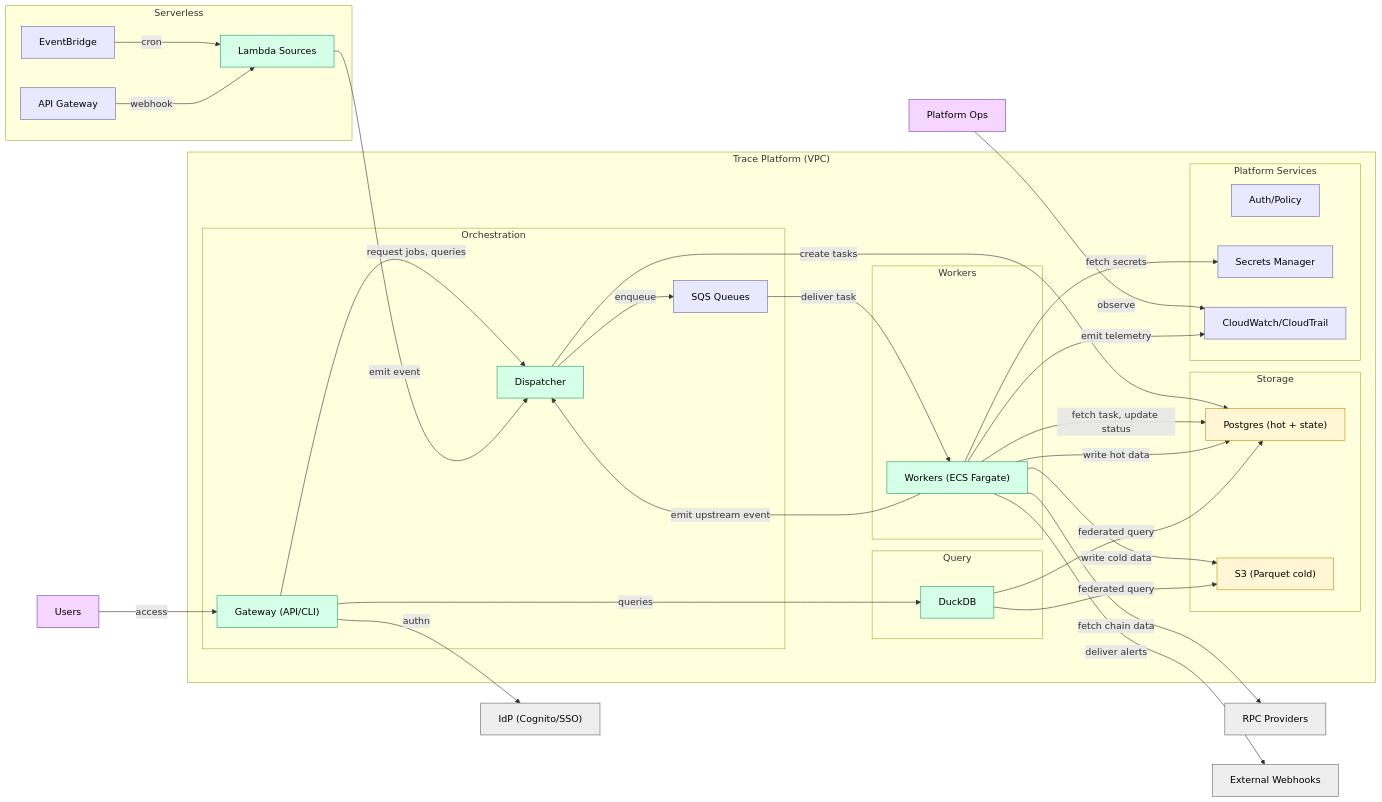
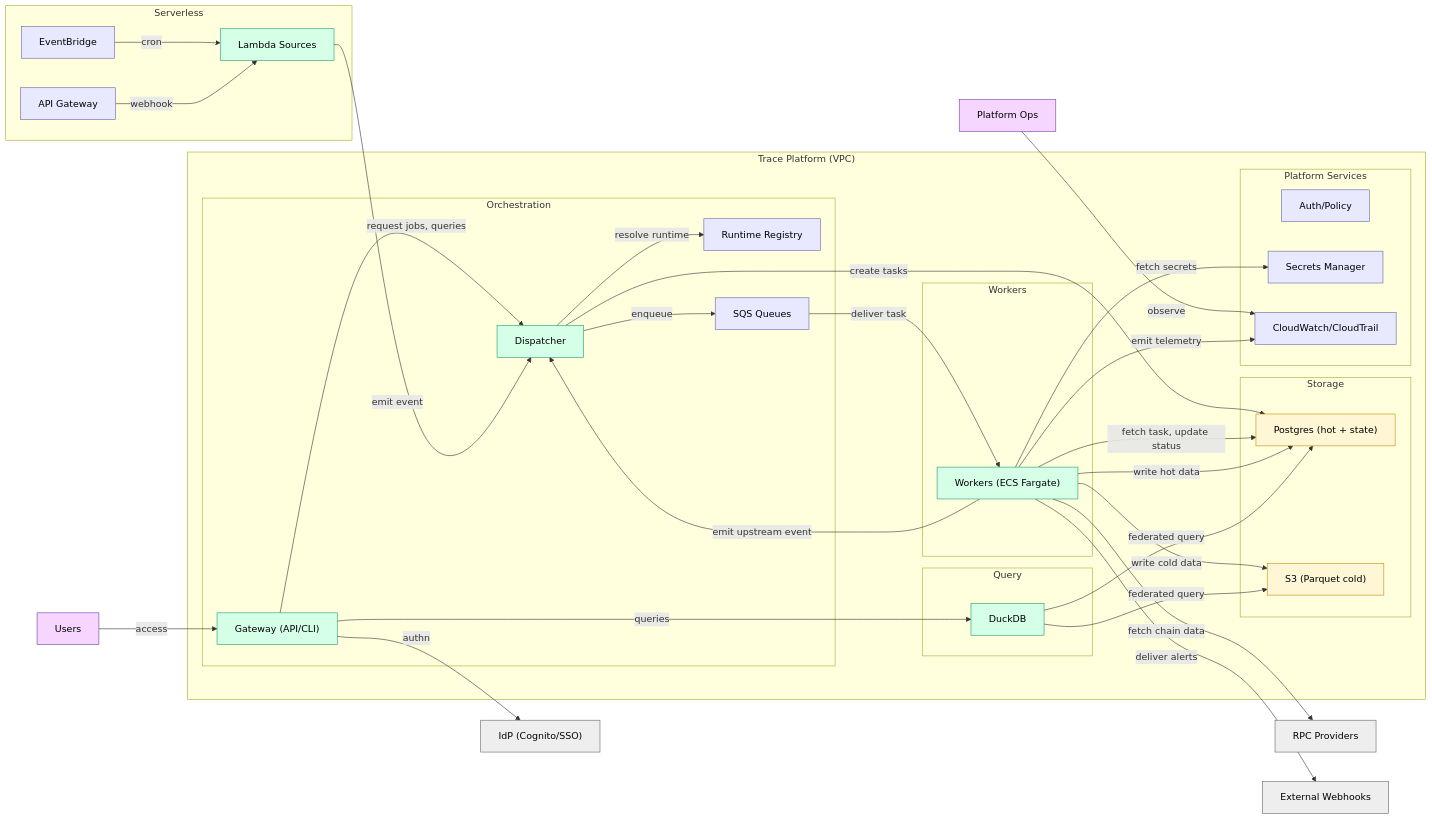
Before and after one commit to c7121/trace: the second of 5 diagrams in docs/architecture/diagrams/c4.md, drawn with Mermaid. The commit also changed other lines of this file and 17 other files, not shown here.

````diff
--- a/docs/architecture/diagrams/c4.md
+++ b/docs/architecture/diagrams/c4.md
@@ -27,69 +27,71 @@
 ```mermaid
 flowchart LR
     subgraph Trace["Trace Platform (VPC)"]
-        subgraph Orchestration["Orchestration"]
-            api["Gateway (API/CLI)"]:::container
-            dispatcher["Dispatcher"]:::container
-            sqs["SQS Queues"]:::infra
-        end
+    subgraph Orchestration["Orchestration"]
+        api["Gateway (API/CLI)"]:::container
+        dispatcher["Dispatcher"]:::container
+        registry["Runtime Registry"]:::infra
+        sqs["SQS Queues"]:::infra
+    end
         subgraph Compute["Workers"]
             workers["Workers (ECS Fargate)"]:::container
         end
         subgraph Storage["Storage"]
             postgres["Postgres (hot + state)"]:::database
             s3["S3 (Parquet cold)"]:::database
         end
         subgraph Query["Query"]
             duckdb["DuckDB"]:::container
         end
         subgraph Platform["Platform Services"]
             platformAuth["Auth/Policy"]:::infra
             platformSec["Secrets Manager"]:::infra
             platformObs["CloudWatch/CloudTrail"]:::infra
         end
     end
 
     subgraph Serverless["Serverless"]
         eventbridge["EventBridge"]:::infra
         lambda["Lambda Sources"]:::container
         apigw["API Gateway"]:::infra
     end
 
     users["Users"]:::person
     ops["Platform Ops"]:::person
     idp["IdP (Cognito/SSO)"]:::ext
     rpc["RPC Providers"]:::ext
     webhooks["External Webhooks"]:::ext
 
     users -->|access| api
     ops -->|observe| platformObs
     api -->|authn| idp
     api -->|request jobs, queries| dispatcher
     api -->|queries| duckdb
     
     eventbridge -->|cron| lambda
     apigw -->|webhook| lambda
     lambda -->|emit event| dispatcher
     
     dispatcher -->|create tasks| postgres
+    dispatcher -->|resolve runtime| registry
     dispatcher -->|enqueue| sqs
     sqs -->|deliver task| workers
     
     workers -->|fetch task, update status| postgres
     workers -->|write hot data| postgres
     workers -->|write cold data| s3
     workers -->|fetch secrets| platformSec
     workers -->|fetch chain data| rpc
     workers -->|deliver alerts| webhooks
     workers -->|emit telemetry| platformObs
     workers -->|emit upstream event| dispatcher
     
     duckdb -->|federated query| postgres
     duckdb -->|federated query| s3
 
     classDef person fill:#f6d6ff,stroke:#6f3fb3,color:#000;
     classDef container fill:#d6ffe7,stroke:#1f9a6f,color:#000;
     classDef database fill:#fff6d6,stroke:#c58b00,color:#000;
     classDef infra fill:#e8e8ff,stroke:#6666aa,color:#000;
     classDef ext fill:#eee,stroke:#666,color:#000;
 ```
````
